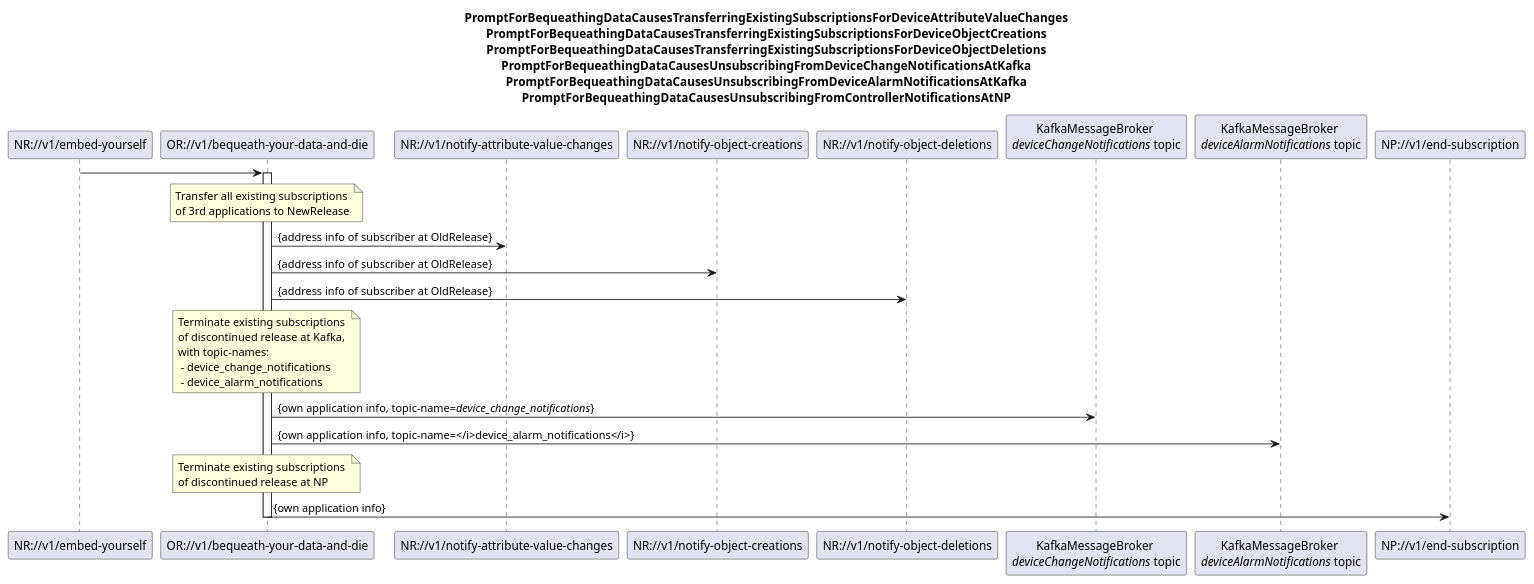
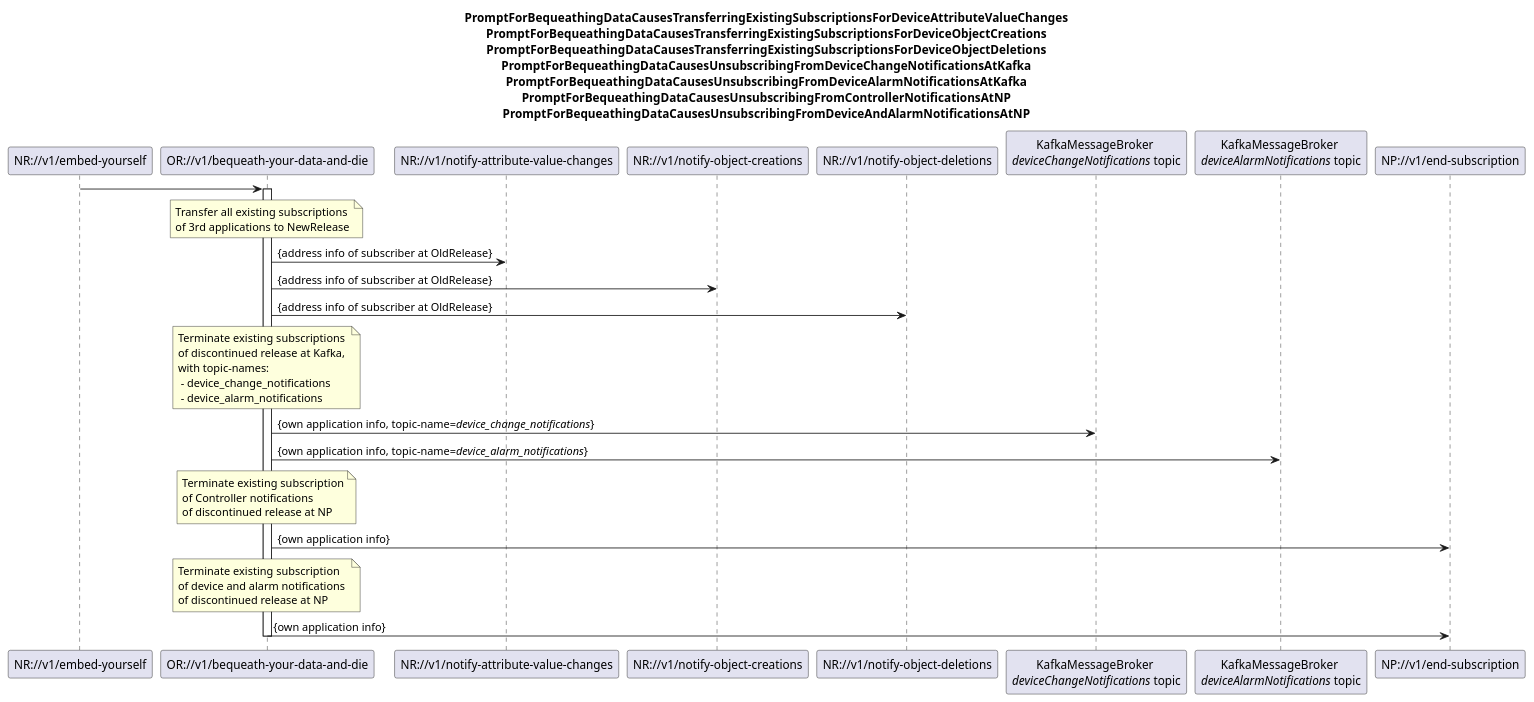
One commit to openBackhaul/MicroWaveDeviceInventory changed the diagram in spec/diagrams/09x_BequeathYourDataAndDie.plantuml. Above: the diagram before and after it, drawn with PlantUML. The commit also changed 3 other files, not shown here.

Commit message:
update diagrams for subscribe/unsubscribe

```diff
--- a/spec/diagrams/09x_BequeathYourDataAndDie.plantuml
+++ b/spec/diagrams/09x_BequeathYourDataAndDie.plantuml
@@ -1,53 +1,61 @@
 @startuml 09x_BequeathYourDataAndDie
 skinparam responseMessageBelowArrow true
 
 title
-PromptForBequeathingDataCausesTransferringExistingSubscriptionsForDeviceAttributeValueChanges
-PromptForBequeathingDataCausesTransferringExistingSubscriptionsForDeviceObjectCreations
-PromptForBequeathingDataCausesTransferringExistingSubscriptionsForDeviceObjectDeletions
-PromptForBequeathingDataCausesUnsubscribingFromDeviceChangeNotificationsAtKafka
-PromptForBequeathingDataCausesUnsubscribingFromDeviceAlarmNotificationsAtKafka
-PromptForBequeathingDataCausesUnsubscribingFromControllerNotificationsAtNP
+  PromptForBequeathingDataCausesTransferringExistingSubscriptionsForDeviceAttributeValueChanges
+  PromptForBequeathingDataCausesTransferringExistingSubscriptionsForDeviceObjectCreations
+  PromptForBequeathingDataCausesTransferringExistingSubscriptionsForDeviceObjectDeletions
+  PromptForBequeathingDataCausesUnsubscribingFromDeviceChangeNotificationsAtKafka
+  PromptForBequeathingDataCausesUnsubscribingFromDeviceAlarmNotificationsAtKafka
+  PromptForBequeathingDataCausesUnsubscribingFromControllerNotificationsAtNP
+  PromptForBequeathingDataCausesUnsubscribingFromDeviceAndAlarmNotificationsAtNP
 end title
 
 participant "NR://v1/embed-yourself" as NewRelease
 participant "OR://v1/bequeath-your-data-and-die" as OldRelease
 participant "NR://v1/notify-attribute-value-changes" as notifyAttributeChange
 participant "NR://v1/notify-object-creations" as notifyObjectCreation
 participant "NR://v1/notify-object-deletions" as notifyObjectDeletion
 participant "KafkaMessageBroker \n<i>deviceChangeNotifications</i> topic" as endSubsriptionAtKafkaDev
 participant "KafkaMessageBroker \n<i>deviceAlarmNotifications</i> topic" as endSubsriptionAtKafkaAlarm
 participant "NP://v1/end-subscription" as endSubsriptionAtNp
 
 NewRelease -> OldRelease
 activate OldRelease
 
 note over OldRelease
 Transfer all existing subscriptions 
 of 3rd applications to NewRelease
 end note
 OldRelease -> notifyAttributeChange: {address info of subscriber at OldRelease}
 OldRelease -> notifyObjectCreation: {address info of subscriber at OldRelease}
 OldRelease -> notifyObjectDeletion: {address info of subscriber at OldRelease}
 
 note over OldRelease
 Terminate existing subscriptions 
 of discontinued release at Kafka,
 with topic-names:
  - device_change_notifications
  - device_alarm_notifications
 end note
 OldRelease -> endSubsriptionAtKafkaDev: {own application info, topic-name=<i>device_change_notifications</i>}
-OldRelease -> endSubsriptionAtKafkaAlarm: {own application info, topic-name=</i>device_alarm_notifications</i>}
+OldRelease -> endSubsriptionAtKafkaAlarm: {own application info, topic-name=<i>device_alarm_notifications</i>}
 
 
 note over OldRelease
-Terminate existing subscriptions 
+Terminate existing subscription
+of Controller notifications 
 of discontinued release at NP
 end note
 OldRelease -> endSubsriptionAtNp: {own application info}
 
+note over OldRelease
+Terminate existing subscription
+of device and alarm notifications 
+of discontinued release at NP
+end note
+OldRelease -> endSubsriptionAtNp: {own application info}
 
 deactivate OldRelease
 
 @enduml
```
